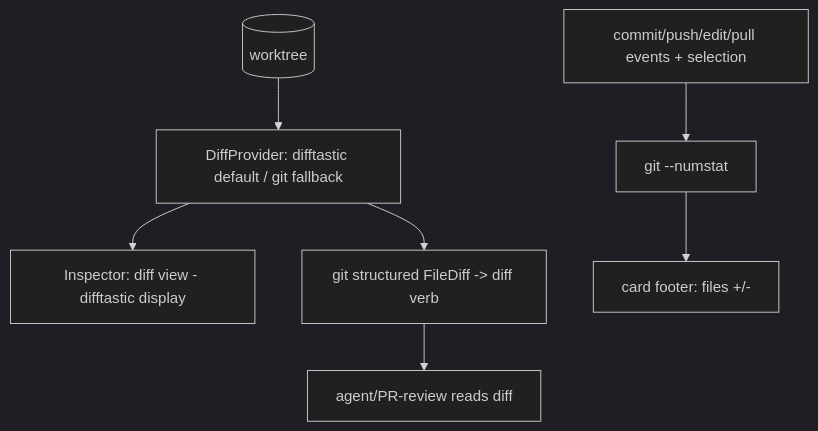
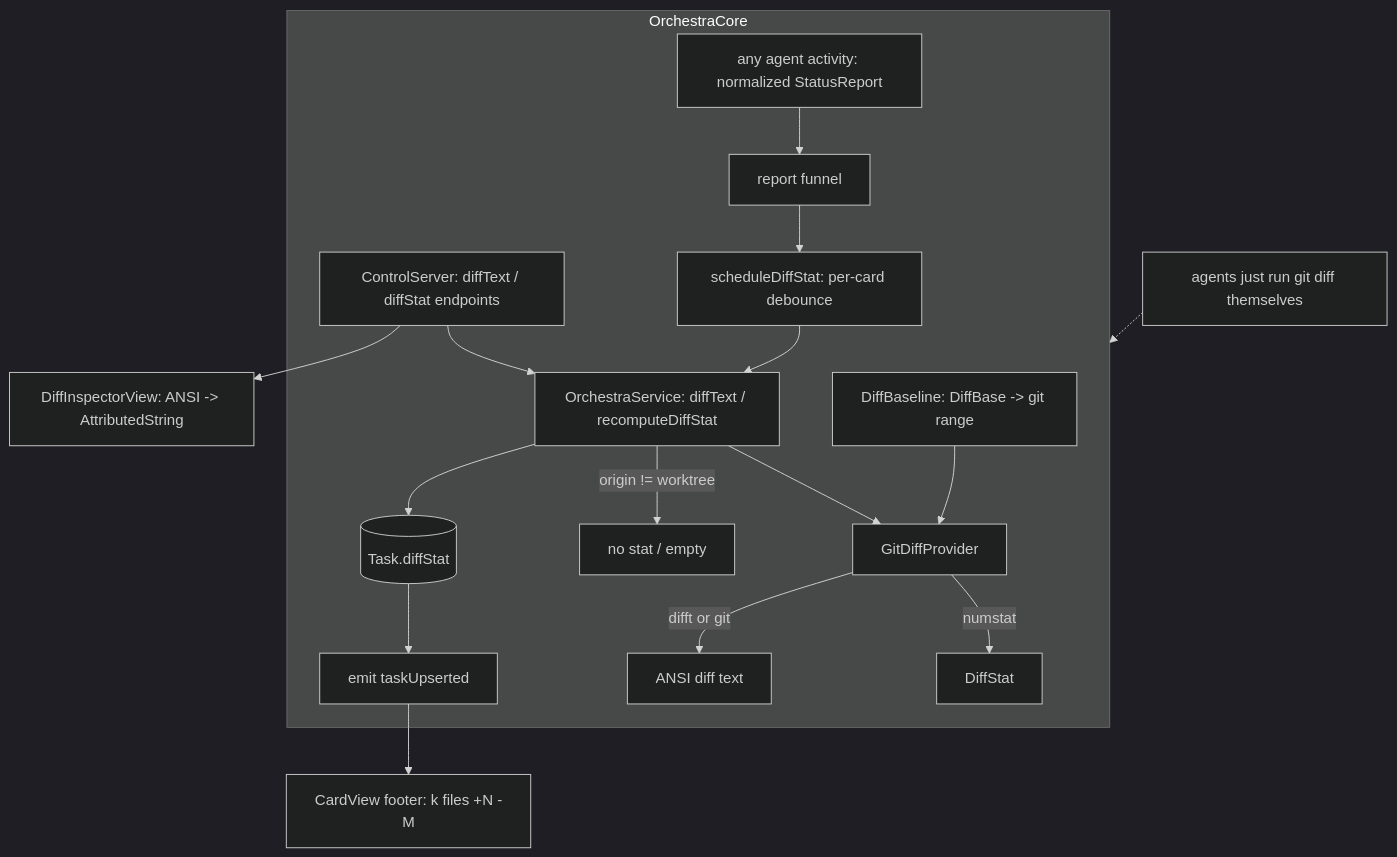
One commit to PeiAllen/claude-kanban changed the diagram in notes/designs/code-review-on-board/index.md. Above: the diagram before and after it, drawn with Mermaid (dark theme). The commit also changed other lines of this file and 22 other files, not shown here.

First line of the commit message:
feat(diff): code review on the board (axis 7) — footer diffstat + in-app diff view

````diff
--- a/notes/designs/code-review-on-board/index.md
+++ b/notes/designs/code-review-on-board/index.md
@@ -43,9 +45,16 @@
 ```mermaid
 flowchart TD
-    WT[(worktree)] --> DP[DiffProvider: difftastic default / git fallback]
-    DP --> Insp[Inspector: diff view - difftastic display]
-    DP --> Struct[git structured FileDiff -> diff verb]
-    Struct --> Agent[agent/PR-review reads diff]
-    Ev[commit/push/edit/pull events + selection] --> Stat[git --numstat]
-    Stat --> Card[card footer: files +/-]
+    subgraph Core[OrchestraCore]
+        DB[DiffBaseline: DiffBase -> git range] --> GP[GitDiffProvider]
+        GP -->|numstat| Stat[DiffStat]
+        GP -->|difft or git| Text[ANSI diff text]
+        Svc[OrchestraService: diffText / recomputeDiffStat] --> GP
+        Svc -->|origin != worktree| Empty[no stat / empty]
+        CS[ControlServer: diffText / diffStat endpoints] --> Svc
+        Ev[any agent activity: normalized StatusReport] --> Rep[report funnel] --> Sch[scheduleDiffStat: per-card debounce] --> Svc
+        Svc --> Store[(Task.diffStat)] --> Up[emit taskUpserted]
+    end
+    Up --> Foot[CardView footer: k files +N -M]
+    CS --> Insp[DiffInspectorView: ANSI -> AttributedString]
+    Note[agents just run git diff themselves] -.-> Core
 ```
````
